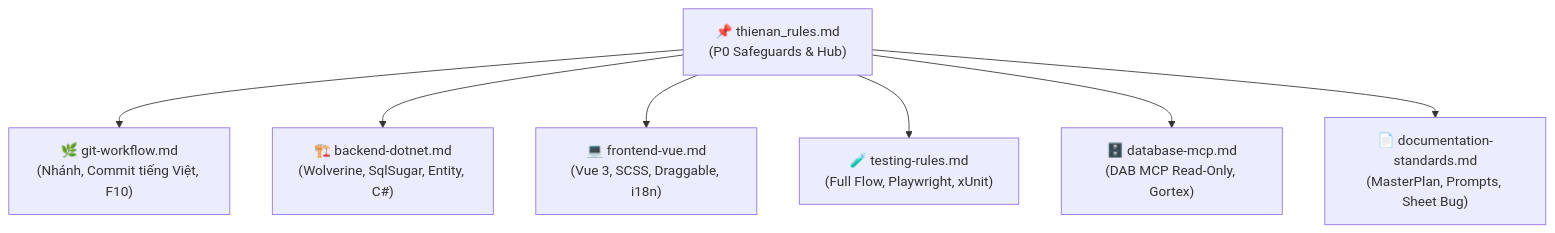
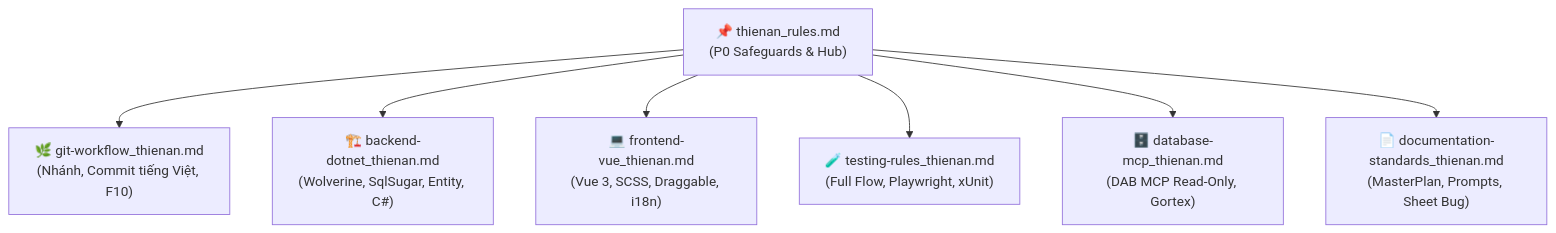
One commit to DatHoang29/ThienAn changed the diagram in .agents/rules/thienan_rules.md. Above: the diagram before and after it, drawn with Mermaid. The commit also changed other lines of this file and 6 other files, not shown here.

````diff
--- a/.agents/rules/thienan_rules.md
+++ b/.agents/rules/thienan_rules.md
@@ -44,10 +44,10 @@
 ```mermaid
 flowchart TD
     SSOT["📌 thienan_rules.md<br/>(P0 Safeguards & Hub)"]
-    SSOT --> Git["🌿 git-workflow.md<br/>(Nhánh, Commit tiếng Việt, F10)"]
-    SSOT --> BE["🏗️ backend-dotnet.md<br/>(Wolverine, SqlSugar, Entity, C#)"]
-    SSOT --> FE["💻 frontend-vue.md<br/>(Vue 3, SCSS, Draggable, i18n)"]
-    SSOT --> Test["🧪 testing-rules.md<br/>(Full Flow, Playwright, xUnit)"]
-    SSOT --> DB["🗄️ database-mcp.md<br/>(DAB MCP Read-Only, Gortex)"]
-    SSOT --> Doc["📄 documentation-standards.md<br/>(MasterPlan, Prompts, Sheet Bug)"]
+    SSOT --> Git["🌿 git-workflow_thienan.md<br/>(Nhánh, Commit tiếng Việt, F10)"]
+    SSOT --> BE["🏗️ backend-dotnet_thienan.md<br/>(Wolverine, SqlSugar, Entity, C#)"]
+    SSOT --> FE["💻 frontend-vue_thienan.md<br/>(Vue 3, SCSS, Draggable, i18n)"]
+    SSOT --> Test["🧪 testing-rules_thienan.md<br/>(Full Flow, Playwright, xUnit)"]
+    SSOT --> DB["🗄️ database-mcp_thienan.md<br/>(DAB MCP Read-Only, Gortex)"]
+    SSOT --> Doc["📄 documentation-standards_thienan.md<br/>(MasterPlan, Prompts, Sheet Bug)"]
 ```
````
